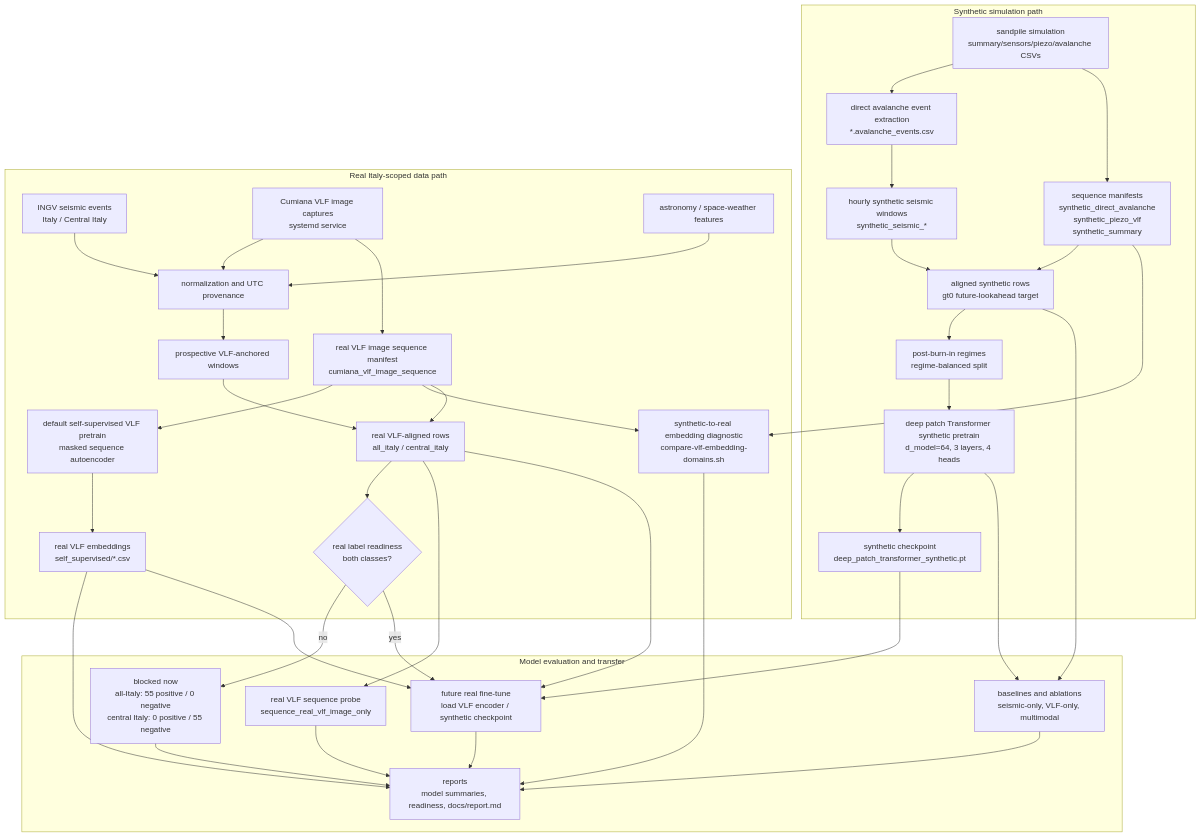
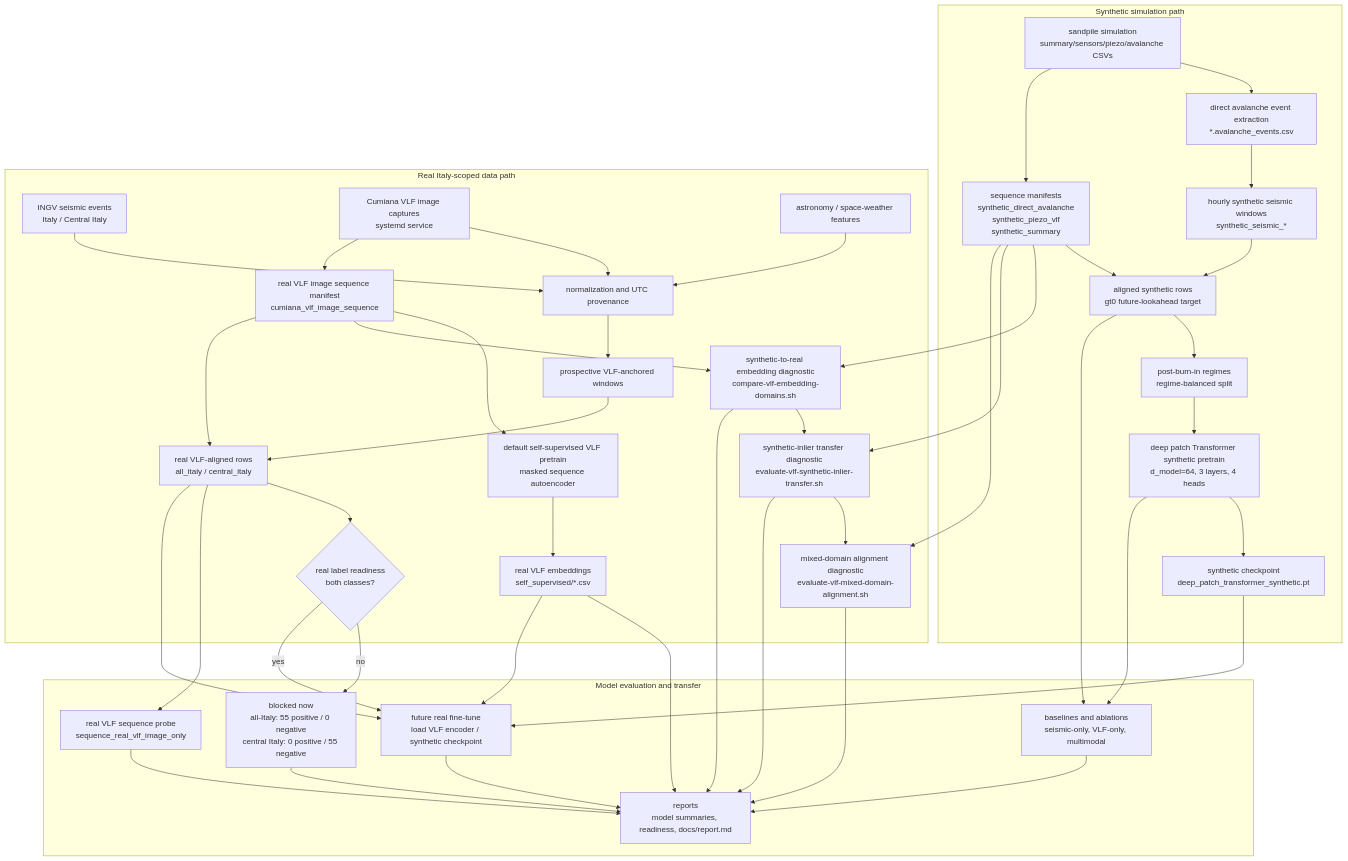
One commit to danja/elfquake changed the diagram in docs/processing-graph.md. Above: the diagram before and after it, drawn with Mermaid. The commit also changed 16 other files, not shown here.

````diff
--- a/docs/processing-graph.md
+++ b/docs/processing-graph.md
@@ -5,67 +5,75 @@
 ```mermaid
 flowchart TD
   subgraph Synthetic["Synthetic simulation path"]
     Sim["sandpile simulation<br/>summary/sensors/piezo/avalanche CSVs"]
     SimEvents["direct avalanche event extraction<br/>*.avalanche_events.csv"]
     SimWindows["hourly synthetic seismic windows<br/>synthetic_seismic_*"]
     SimSeq["sequence manifests<br/>synthetic_direct_avalanche<br/>synthetic_piezo_vlf<br/>synthetic_summary"]
     SimAligned["aligned synthetic rows<br/>gt0 future-lookahead target"]
     Regimes["post-burn-in regimes<br/>regime-balanced split"]
     DeepTrain["deep patch Transformer synthetic pretrain<br/>d_model=64, 3 layers, 4 heads"]
     Checkpoint["synthetic checkpoint<br/>deep_patch_transformer_synthetic.pt"]
 
     Sim --> SimEvents --> SimWindows
     Sim --> SimSeq
     SimWindows --> SimAligned
     SimSeq --> SimAligned
     SimAligned --> Regimes --> DeepTrain --> Checkpoint
   end
 
   subgraph Real["Real Italy-scoped data path"]
     INGV["INGV seismic events<br/>Italy / Central Italy"]
     VLF["Cumiana VLF image captures<br/>systemd service"]
     Astro["astronomy / space-weather features"]
     Norm["normalization and UTC provenance"]
     Prospective["prospective VLF-anchored windows"]
     RealSeq["real VLF image sequence manifest<br/>cumiana_vlf_image_sequence"]
     SelfSup["default self-supervised VLF pretrain<br/>masked sequence autoencoder"]
     VLFEmbedding["real VLF embeddings<br/>self_supervised/*.csv"]
     DomainDiag["synthetic-to-real embedding diagnostic<br/>compare-vlf-embedding-domains.sh"]
+    TransferDiag["synthetic-inlier transfer diagnostic<br/>evaluate-vlf-synthetic-inlier-transfer.sh"]
+    MixedAlign["mixed-domain alignment diagnostic<br/>evaluate-vlf-mixed-domain-alignment.sh"]
     RealAligned["real VLF-aligned rows<br/>all_italy / central_italy"]
     Readiness{"real label readiness<br/>both classes?"}
 
     INGV --> Norm
     VLF --> Norm
     Astro --> Norm
     Norm --> Prospective
     VLF --> RealSeq
     RealSeq --> SelfSup --> VLFEmbedding
     RealSeq --> DomainDiag
+    DomainDiag --> TransferDiag
+    TransferDiag --> MixedAlign
     Prospective --> RealAligned
     RealSeq --> RealAligned
     RealAligned --> Readiness
   end
 
   subgraph Modeling["Model evaluation and transfer"]
     Baselines["baselines and ablations<br/>seismic-only, VLF-only, multimodal"]
     Probe["real VLF sequence probe<br/>sequence_real_vlf_image_only"]
     FineTune["future real fine-tune<br/>load VLF encoder / synthetic checkpoint"]
     Blocked["blocked now<br/>all-Italy: 55 positive / 0 negative<br/>central Italy: 0 positive / 55 negative"]
     Reports["reports<br/>model summaries, readiness, docs/report.md"]
 
     SimAligned --> Baselines
     SimSeq --> DomainDiag
+    SimSeq --> TransferDiag
+    SimSeq --> MixedAlign
     DeepTrain --> Baselines
     VLFEmbedding --> Reports
     DomainDiag --> Reports
+    TransferDiag --> Reports
+    MixedAlign --> Reports
     RealAligned --> Probe
     Readiness -- no --> Blocked --> Reports
     Readiness -- yes --> FineTune
     Checkpoint --> FineTune
     VLFEmbedding --> FineTune
     RealAligned --> FineTune
     FineTune --> Reports
     Baselines --> Reports
     Probe --> Reports
   end
 ```
````
